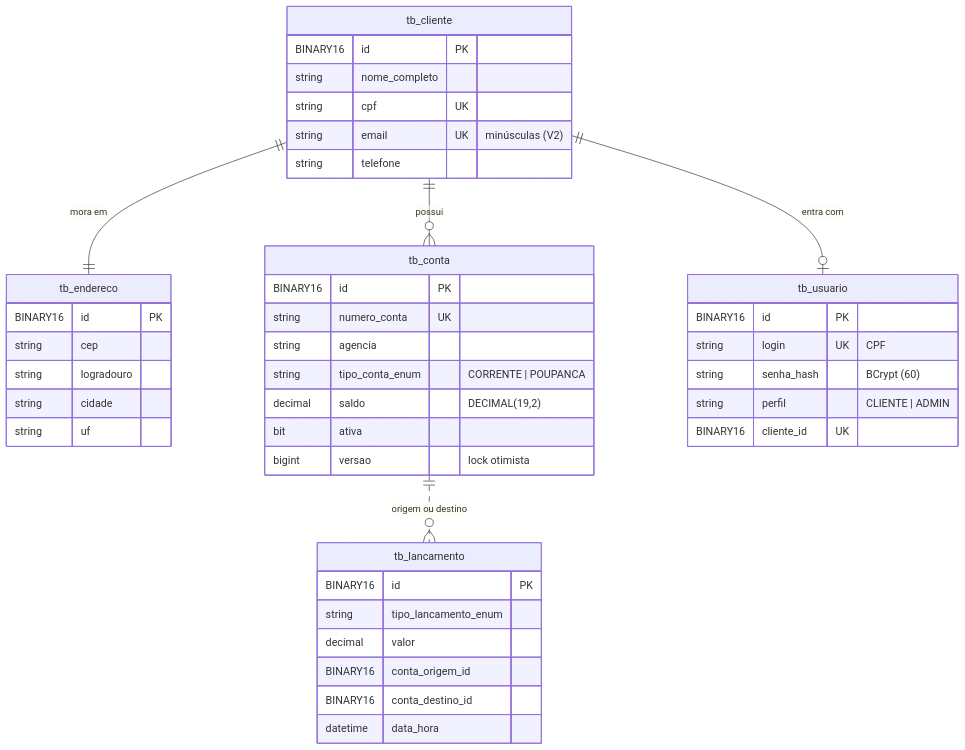
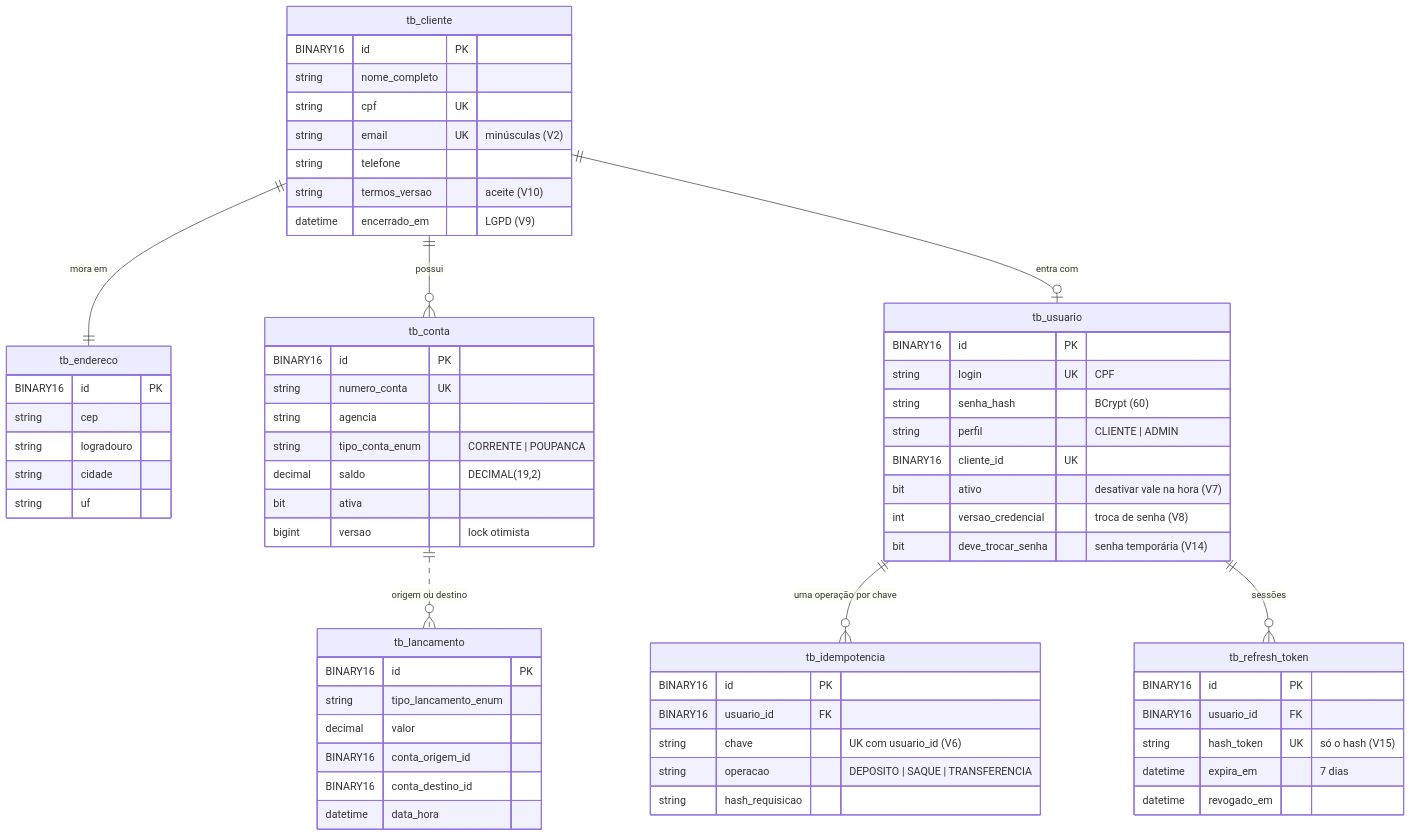
The tenth of 16 diagrams in README.md (k3vinrich4rd/rkf_bank), drawn with Mermaid before and after one commit. The commit also changed other lines of this file and 3 other files, not shown here.

````diff
--- a/README.md
+++ b/README.md
@@ -977,45 +988,66 @@
 ```mermaid
 erDiagram
     tb_cliente ||--|| tb_endereco : "mora em"
     tb_cliente ||--o{ tb_conta : "possui"
     tb_cliente ||--o| tb_usuario : "entra com"
     tb_conta ||..o{ tb_lancamento : "origem ou destino"
+    tb_usuario ||--o{ tb_idempotencia : "uma operação por chave"
+    tb_usuario ||--o{ tb_refresh_token : "sessões"
     tb_cliente {
         BINARY16 id PK
         string nome_completo
         string cpf UK
         string email UK "minúsculas (V2)"
         string telefone
+        string termos_versao "aceite (V10)"
+        datetime encerrado_em "LGPD (V9)"
     }
     tb_endereco {
         BINARY16 id PK
         string cep
         string logradouro
         string cidade
         string uf
     }
     tb_conta {
         BINARY16 id PK
         string numero_conta UK
         string agencia
         string tipo_conta_enum "CORRENTE | POUPANCA"
         decimal saldo "DECIMAL(19,2)"
         bit ativa
         bigint versao "lock otimista"
     }
     tb_usuario {
         BINARY16 id PK
         string login UK "CPF"
         string senha_hash "BCrypt (60)"
         string perfil "CLIENTE | ADMIN"
         BINARY16 cliente_id UK
+        bit ativo "desativar vale na hora (V7)"
+        int versao_credencial "troca de senha (V8)"
+        bit deve_trocar_senha "senha temporária (V14)"
+    }
+    tb_idempotencia {
+        BINARY16 id PK
+        BINARY16 usuario_id FK
+        string chave "UK com usuario_id (V6)"
+        string operacao "DEPOSITO | SAQUE | TRANSFERENCIA"
+        string hash_requisicao
+    }
+    tb_refresh_token {
+        BINARY16 id PK
+        BINARY16 usuario_id FK
+        string hash_token UK "só o hash (V15)"
+        datetime expira_em "7 dias"
+        datetime revogado_em
     }
     tb_lancamento {
         BINARY16 id PK
         string tipo_lancamento_enum
         decimal valor
         BINARY16 conta_origem_id
         BINARY16 conta_destino_id
         datetime data_hora
     }
 ```
````
